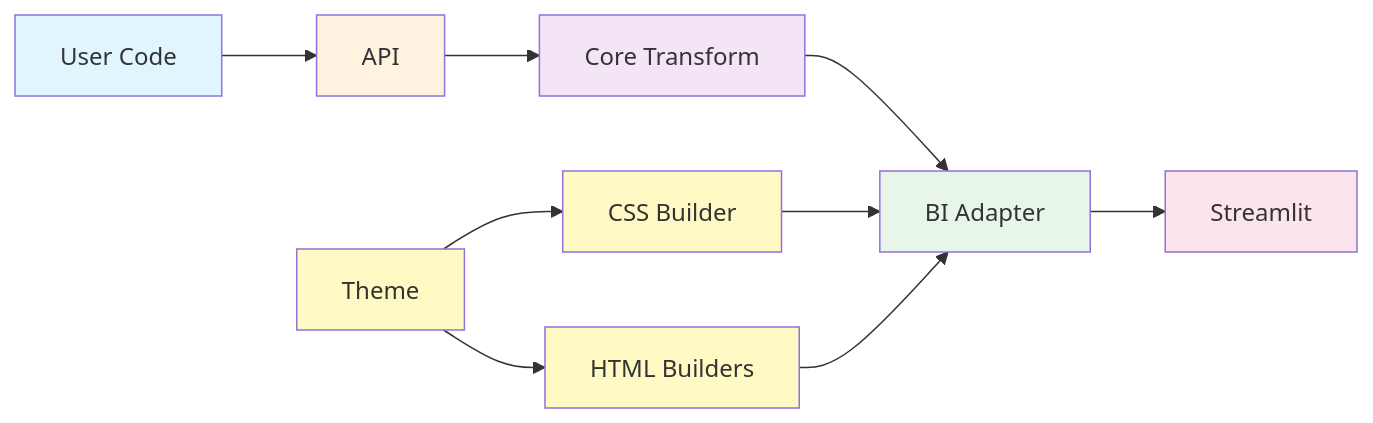
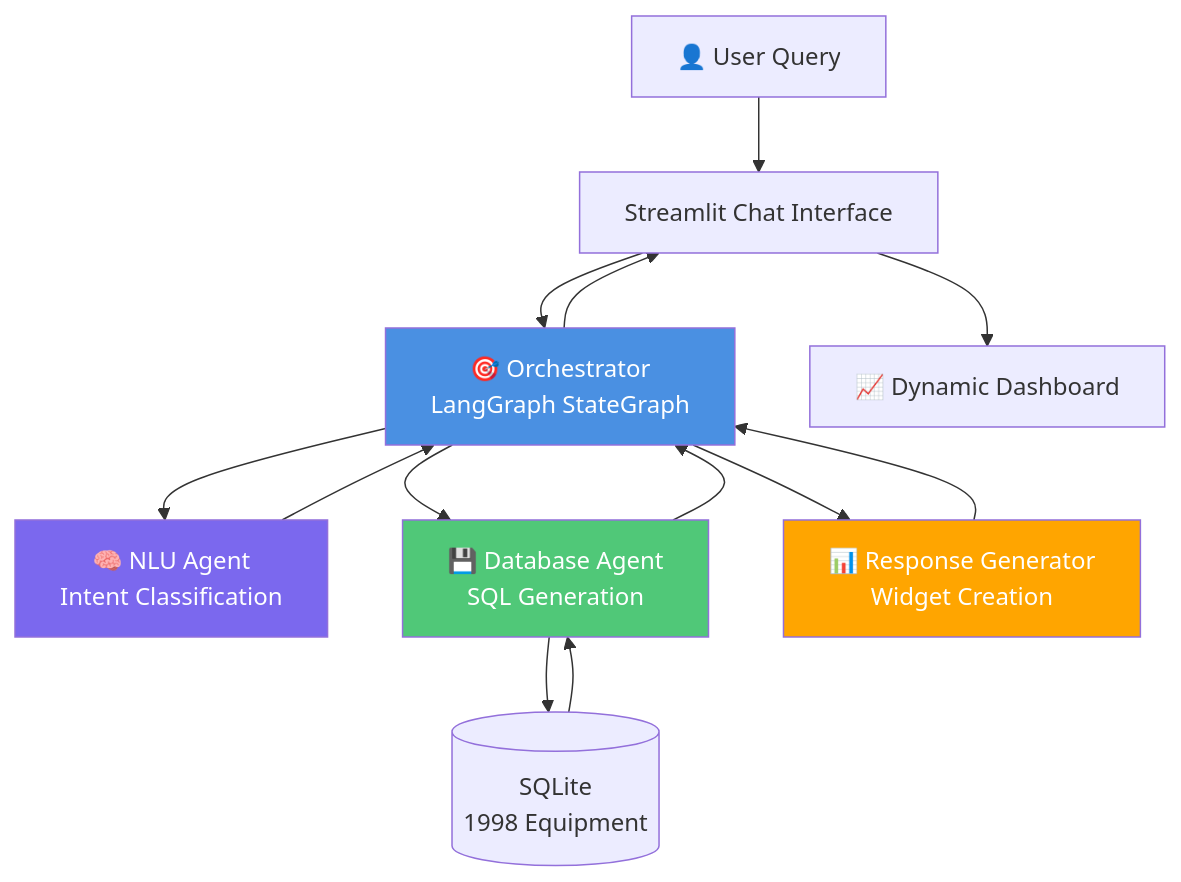
The diagram in README.md (rhuanca/dynamic_dashboard), drawn with Mermaid before and after one commit. The commit also changed other lines of this file, not shown here.

````diff
--- a/README.md
+++ b/README.md
@@ -40,21 +26,24 @@
 ```mermaid
-graph LR
-    A[User Code] --> B[API]
-    B --> C[Core Transform]
-    C --> D[BI Adapter]
-    D --> E[Streamlit]
+graph TB
+    User[👤 User Query] --> Streamlit[Streamlit Chat Interface]
+    Streamlit --> Orch[🎯 Orchestrator<br/>LangGraph StateGraph]
     
-    F[Theme] --> G[CSS Builder]
-    F --> H[HTML Builders]
-    G --> D
-    H --> D
+    Orch --> NLU[🧠 NLU Agent<br/>Intent Classification]
+    NLU --> Orch
     
-    style A fill:#e1f5ff
-    style B fill:#fff3e0
-    style C fill:#f3e5f5
-    style D fill:#e8f5e9
-    style E fill:#fce4ec
-    style F fill:#fff9c4
-    style G fill:#fff9c4
-    style H fill:#fff9c4
+    Orch --> DB[💾 Database Agent<br/>SQL Generation]
+    DB --> SQLite[(SQLite<br/>1998 Equipment)]
+    SQLite --> DB
+    DB --> Orch
+    
+    Orch --> Resp[📊 Response Generator<br/>Widget Creation]
+    Resp --> Orch
+    
+    Orch --> Streamlit
+    Streamlit --> Dashboard[📈 Dynamic Dashboard]
+    
+    style Orch fill:#4a90e2,color:#fff
+    style NLU fill:#7b68ee,color:#fff
+    style DB fill:#50c878,color:#fff
+    style Resp fill:#ffa500,color:#fff
 ```
````
